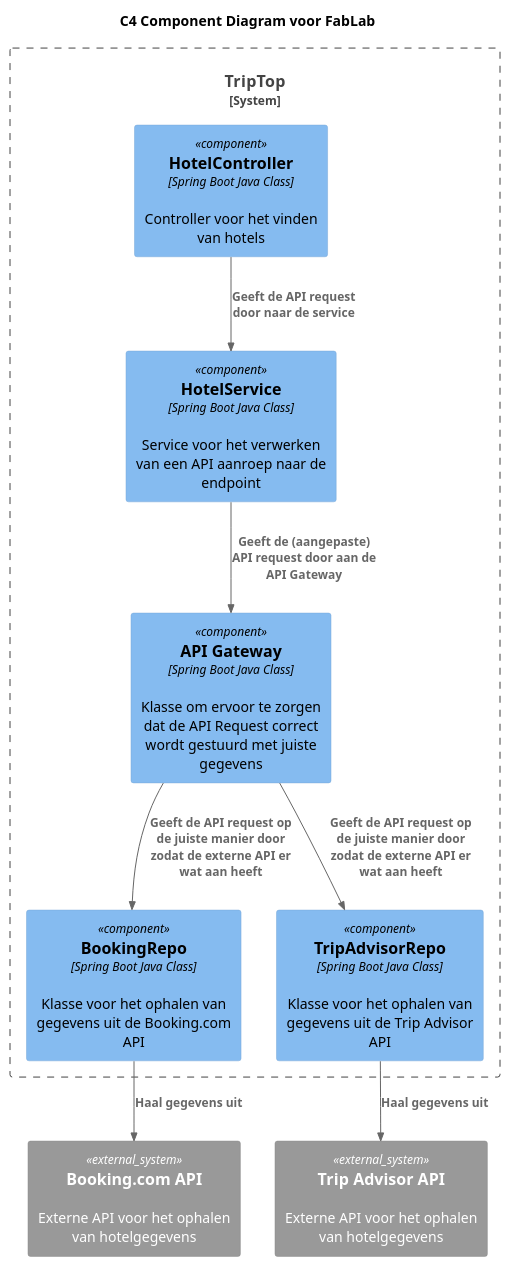
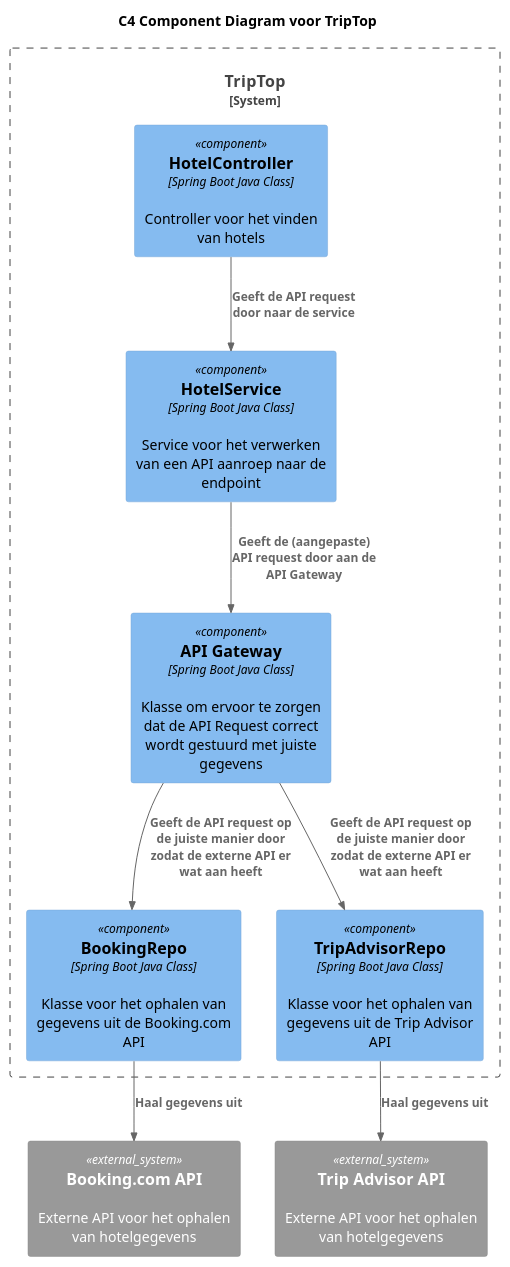
Before and after one commit to AIM-ENE-feb25/triptop-jrn: the diagram in huiswerkNiels/huiswerkAPI/src/main/java/com/example/huiswerkAPI/C4_Component_diagram_Onderzoeksvraag.puml, drawn with PlantUML.

```diff
--- a/huiswerkNiels/huiswerkAPI/src/main/java/com/example/huiswerkAPI/C4_Component_diagram_Onderzoeksvraag.puml
+++ b/huiswerkNiels/huiswerkAPI/src/main/java/com/example/huiswerkAPI/C4_Component_diagram_Onderzoeksvraag.puml
@@ -1,24 +1,24 @@
 @startuml
 !include <C4/C4_Component>
 
-title C4 Component Diagram voor FabLab
+title C4 Component Diagram voor TripTop
 
 System_Boundary(triptop_core, "TripTop") {
 
 Component(HotelController, "HotelController", "Spring Boot Java Class", "Controller voor het vinden van hotels")
 Component(HotelService, "HotelService", "Spring Boot Java Class", "Service voor het verwerken van een API aanroep naar de endpoint")
 Component(API_Gateway, "API Gateway", "Spring Boot Java Class", "Klasse om ervoor te zorgen dat de API Request correct wordt gestuurd met juiste gegevens")
 Component(BookingRepo, "BookingRepo", "Spring Boot Java Class", "Klasse voor het ophalen van gegevens uit de Booking.com API")
 Component(TripAdvisorRepo, "TripAdvisorRepo", "Spring Boot Java Class", "Klasse voor het ophalen van gegevens uit de Trip Advisor API")
 }
 
 System_Ext(Booking, "Booking.com API", "Externe API voor het ophalen van hotelgegevens")
 System_Ext(TripAdvisor, "Trip Advisor API", "Externe API voor het ophalen van hotelgegevens")
 
 Rel("HotelController", "HotelService", "Geeft de API request door naar de service")
 Rel("HotelService", "API_Gateway", "Geeft de (aangepaste) API request door aan de API Gateway")
 Rel("API_Gateway", "BookingRepo", "Geeft de API request op de juiste manier door zodat de externe API er wat aan heeft")
 Rel("API_Gateway", "TripAdvisorRepo", "Geeft de API request op de juiste manier door zodat de externe API er wat aan heeft")
 Rel("BookingRepo", "Booking", "Haal gegevens uit")
 Rel("TripAdvisorRepo", "TripAdvisor", "Haal gegevens uit")
 @enduml
```
